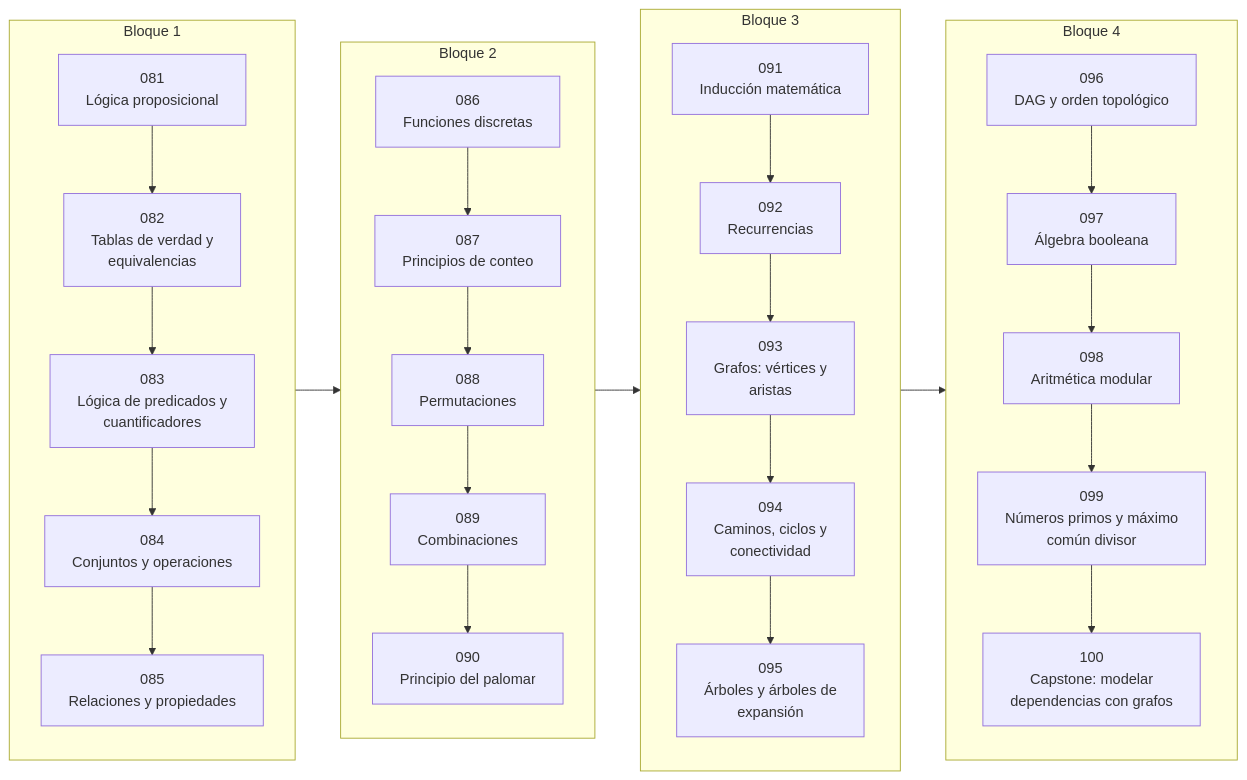
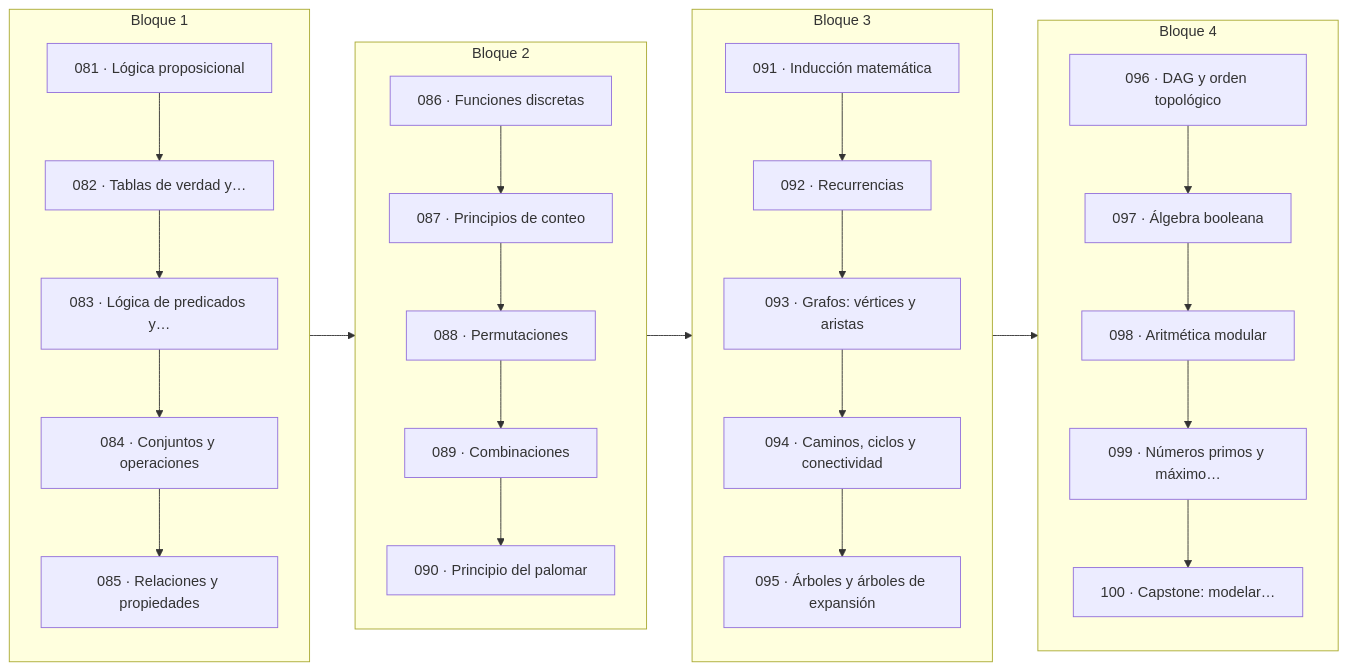
The second of 2 diagrams in classes/part-04-matematica-discreta-para-computacion/README.md (vladimiracunadev-create/computational-mathematics-program), drawn with Mermaid before and after one commit. The commit also changed other lines of this file and 389 other files, not shown here.

First line of the commit message:
fix(diagramas): elimina el HTML de las etiquetas Mermaid

````diff
--- a/classes/part-04-matematica-discreta-para-computacion/README.md
+++ b/classes/part-04-matematica-discreta-para-computacion/README.md
@@ -34,54 +86,54 @@
 ```mermaid
 flowchart LR
     subgraph B1["Bloque 1"]
         direction TB
-        L081["081<br/>Lógica proposicional"]
-        L082["082<br/>Tablas de verdad y<br/>equivalencias"]
-        L083["083<br/>Lógica de predicados y<br/>cuantificadores"]
-        L084["084<br/>Conjuntos y operaciones"]
-        L085["085<br/>Relaciones y propiedades"]
+        L081["081 · Lógica proposicional"]
+        L082["082 · Tablas de verdad y…"]
+        L083["083 · Lógica de predicados y…"]
+        L084["084 · Conjuntos y operaciones"]
+        L085["085 · Relaciones y propiedades"]
         L081 --> L082
         L082 --> L083
         L083 --> L084
         L084 --> L085
     end
     subgraph B2["Bloque 2"]
         direction TB
-        L086["086<br/>Funciones discretas"]
-        L087["087<br/>Principios de conteo"]
-        L088["088<br/>Permutaciones"]
-        L089["089<br/>Combinaciones"]
-        L090["090<br/>Principio del palomar"]
+        L086["086 · Funciones discretas"]
+        L087["087 · Principios de conteo"]
+        L088["088 · Permutaciones"]
+        L089["089 · Combinaciones"]
+        L090["090 · Principio del palomar"]
         L086 --> L087
         L087 --> L088
         L088 --> L089
         L089 --> L090
     end
     subgraph B3["Bloque 3"]
         direction TB
-        L091["091<br/>Inducción matemática"]
-        L092["092<br/>Recurrencias"]
-        L093["093<br/>Grafos: vértices y<br/>aristas"]
-        L094["094<br/>Caminos, ciclos y<br/>conectividad"]
-        L095["095<br/>Árboles y árboles de<br/>expansión"]
+        L091["091 · Inducción matemática"]
+        L092["092 · Recurrencias"]
+        L093["093 · Grafos: vértices y aristas"]
+        L094["094 · Caminos, ciclos y conectividad"]
+        L095["095 · Árboles y árboles de expansión"]
         L091 --> L092
         L092 --> L093
         L093 --> L094
         L094 --> L095
     end
     subgraph B4["Bloque 4"]
         direction TB
-        L096["096<br/>DAG y orden topológico"]
-        L097["097<br/>Álgebra booleana"]
-        L098["098<br/>Aritmética modular"]
-        L099["099<br/>Números primos y máximo<br/>común divisor"]
-        L100["100<br/>Capstone: modelar<br/>dependencias con grafos"]
+        L096["096 · DAG y orden topológico"]
+        L097["097 · Álgebra booleana"]
+        L098["098 · Aritmética modular"]
+        L099["099 · Números primos y máximo…"]
+        L100["100 · Capstone: modelar…"]
         L096 --> L097
         L097 --> L098
         L098 --> L099
         L099 --> L100
     end
     L085 --> L086
     L090 --> L091
     L095 --> L096
 ```
````
